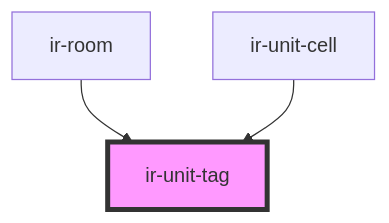
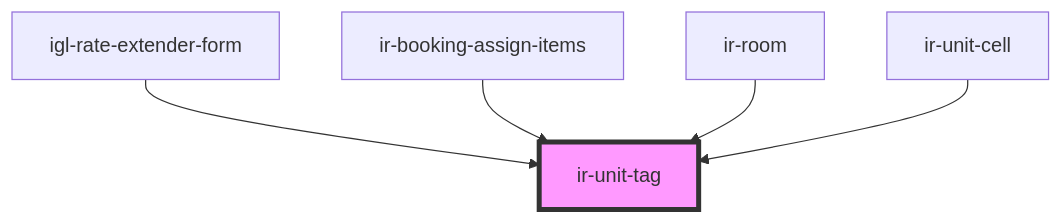
One commit to RonyRizk/ir-webcmp changed the diagram in src/components/ir-unit-tag/readme.md. Above: the diagram before and after it, drawn with Mermaid. The commit also changed other lines of this file and 586 other files, not shown here.

````diff
--- a/src/components/ir-unit-tag/readme.md
+++ b/src/components/ir-unit-tag/readme.md
@@ -23,6 +25,8 @@
 ```mermaid
 graph TD;
+  igl-rate-extender-form --> ir-unit-tag
+  ir-booking-assign-items --> ir-unit-tag
   ir-room --> ir-unit-tag
   ir-unit-cell --> ir-unit-tag
   style ir-unit-tag fill:#f9f,stroke:#333,stroke-width:4px
 ```
````
